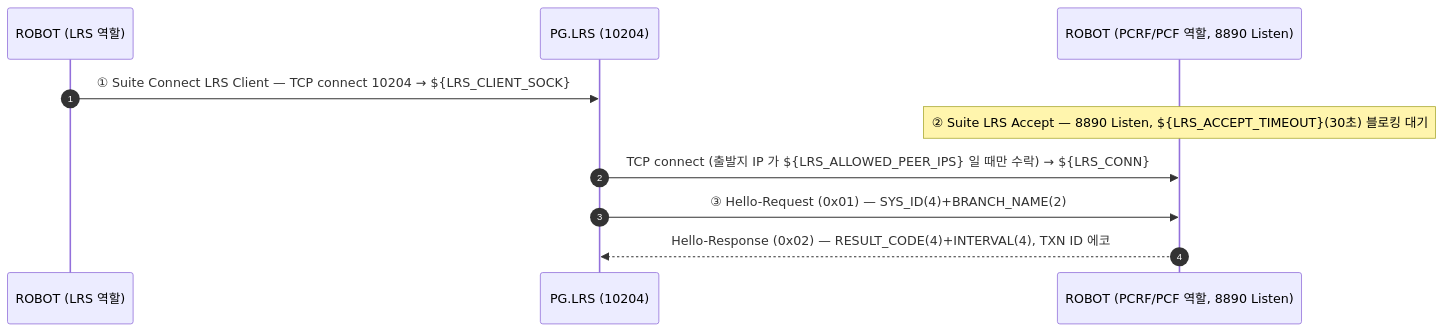
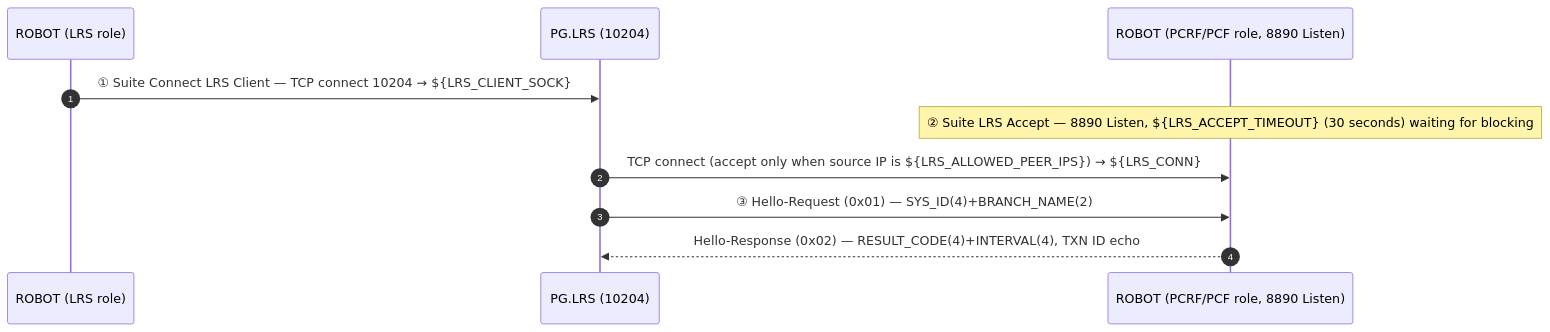
One commit to IanKim2030/tc4robot changed the first of 3 diagrams in docs/callflow/lrs_callflow.md. Above: the diagram before and after it, drawn with Mermaid. The commit also changed other lines of this file and 83 other files, not shown here.

````diff
--- a/docs/callflow/lrs_callflow.md
+++ b/docs/callflow/lrs_callflow.md
@@ -34,13 +34,13 @@
 ```mermaid
 sequenceDiagram
     autonumber
-    participant TOOL as ROBOT (LRS 역할)
+    participant TOOL as ROBOT (LRS role)
     participant PLRS as PG.LRS (10204)
-    participant SRV as ROBOT (PCRF/PCF 역할, 8890 Listen)
+    participant SRV as ROBOT (PCRF/PCF role, 8890 Listen)
 
     TOOL->>PLRS: ① Suite Connect LRS Client — TCP connect 10204 → ${LRS_CLIENT_SOCK}
-    Note over SRV: ② Suite LRS Accept — 8890 Listen, ${LRS_ACCEPT_TIMEOUT}(30초) 블로킹 대기
-    PLRS->>SRV: TCP connect (출발지 IP 가 ${LRS_ALLOWED_PEER_IPS} 일 때만 수락) → ${LRS_CONN}
+    Note over SRV:② Suite LRS Accept — 8890 Listen, ${LRS_ACCEPT_TIMEOUT} (30 seconds) waiting for blocking
+    PLRS->>SRV:TCP connect (accept only when source IP is ${LRS_ALLOWED_PEER_IPS}) → ${LRS_CONN}
     PLRS->>SRV: ③ Hello-Request (0x01) — SYS_ID(4)+BRANCH_NAME(2)
-    SRV-->>PLRS: Hello-Response (0x02) — RESULT_CODE(4)+INTERVAL(4), TXN ID 에코
+    SRV-->>PLRS:Hello-Response (0x02) — RESULT_CODE(4)+INTERVAL(4), TXN ID echo
 ```
````
